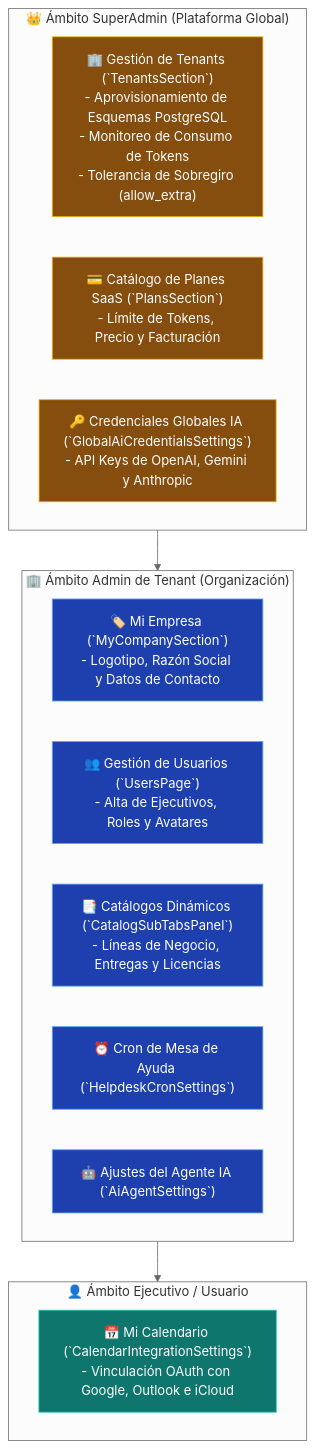
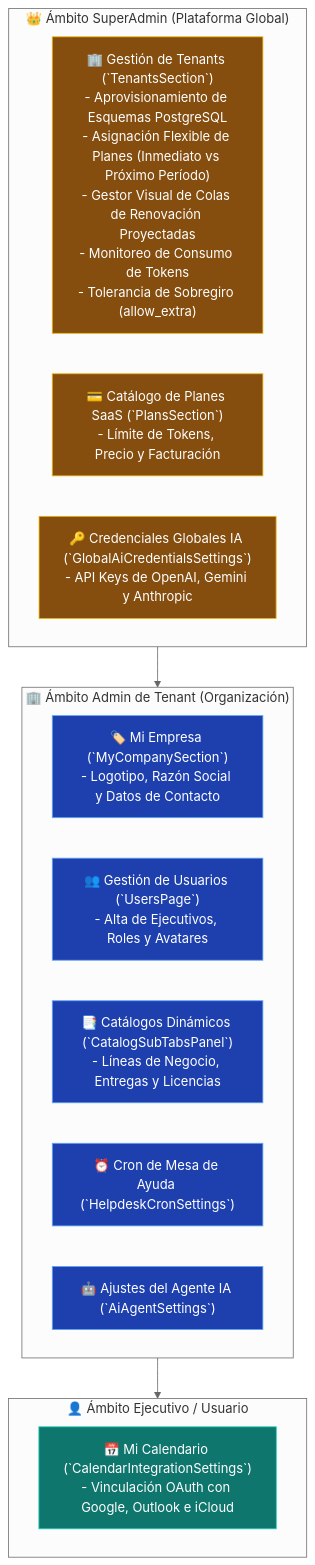
The diagram in Proyectos/CRM TIBS - Centro de Configuracion, Tenants & Roles.md (DesarrolloTibs/crm-tibs-app), drawn with Mermaid (neutral theme) before and after one commit. The commit also changed other lines of this file and 8 other files, not shown here.

Commit message:
[fix] tenants gestor

````diff
--- a/Proyectos/CRM TIBS - Centro de Configuracion, Tenants & Roles.md
+++ b/Proyectos/CRM TIBS - Centro de Configuracion, Tenants & Roles.md
@@ -22,31 +22,31 @@
 ```mermaid
 graph TD
     subgraph AmbitoSuperAdmin ["👑 Ámbito SuperAdmin (Plataforma Global)"]
-        Tenants["🏢 Gestión de Tenants (`TenantsSection`)<br/>- Aprovisionamiento de Esquemas PostgreSQL<br/>- Monitoreo de Consumo de Tokens<br/>- Tolerancia de Sobregiro (allow_extra)"]
+        Tenants["🏢 Gestión de Tenants (`TenantsSection`)<br/>- Aprovisionamiento de Esquemas PostgreSQL<br/>- Asignación Flexible de Planes (Inmediato vs Próximo Período)<br/>- Gestor Visual de Colas de Renovación Proyectadas<br/>- Monitoreo de Consumo de Tokens<br/>- Tolerancia de Sobregiro (allow_extra)"]
         Plans["💳 Catálogo de Planes SaaS (`PlansSection`)<br/>- Límite de Tokens, Precio y Facturación"]
         AICreds["🔑 Credenciales Globales IA (`GlobalAiCredentialsSettings`)<br/>- API Keys de OpenAI, Gemini y Anthropic"]
     end
 
     subgraph AmbitoAdmin ["🏢 Ámbito Admin de Tenant (Organización)"]
         Company["🏷️ Mi Empresa (`MyCompanySection`)<br/>- Logotipo, Razón Social y Datos de Contacto"]
         Users["👥 Gestión de Usuarios (`UsersPage`)<br/>- Alta de Ejecutivos, Roles y Avatares"]
         Catalogs["📑 Catálogos Dinámicos (`CatalogSubTabsPanel`)<br/>- Líneas de Negocio, Entregas y Licencias"]
         CronSLA["⏰ Cron de Mesa de Ayuda (`HelpdeskCronSettings`)"]
         BotConfig["🤖 Ajustes del Agente IA (`AiAgentSettings`)"]
     end
 
     subgraph AmbitoPersonal ["👤 Ámbito Ejecutivo / Usuario"]
         MyCal["📅 Mi Calendario (`CalendarIntegrationSettings`)<br/>- Vinculación OAuth con Google, Outlook e iCloud"]
     end
 
     AmbitoSuperAdmin --> AmbitoAdmin
     AmbitoAdmin --> AmbitoPersonal
 
     classDef sa fill:#854d0e,stroke:#eab308,color:#fff;
     classDef adm fill:#1e40af,stroke:#60a5fa,color:#fff;
     classDef usr fill:#0f766e,stroke:#2dd4bf,color:#fff;
 
     class Tenants,Plans,AICreds sa;
     class Company,Users,Catalogs,CronSLA,BotConfig adm;
     class MyCal usr;
 ```
````
